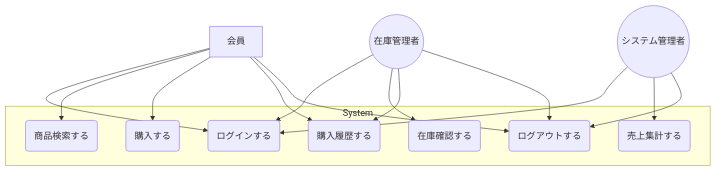
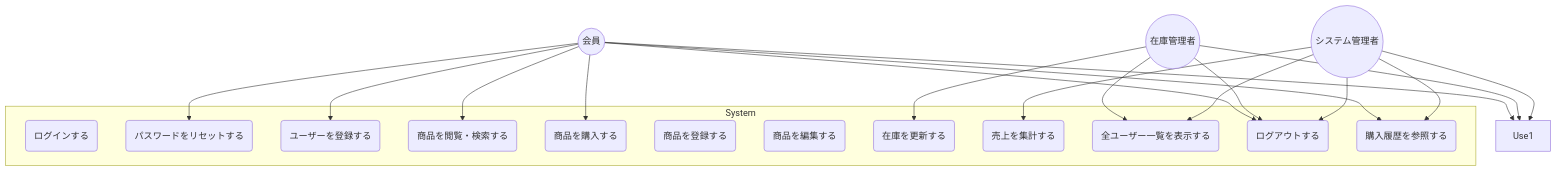
Before and after one commit to namae-mizutani/yuki-mizutani-educure-app: the diagram in 8-3_要件定義/use_case.md, drawn with Mermaid.

Commit message:
8-3課題修正

````diff
--- a/8-3_要件定義/use_case.md
+++ b/8-3_要件定義/use_case.md
@@ -1,31 +1,40 @@
 ```mermaid
 graph TD
-    User[会員]
+    User((会員))
     Staff((在庫管理者))
     Master((システム管理者))
 
     subgraph System
-        Use1(ログインする)
-        Use2(商品検索する)
-        Use3(購入する)
-        Use4(在庫確認する)
-        Use5(売上集計する)
-        Use6(購入履歴する)
-        Use7(ログアウトする)
+        sUse1(ログインする)
+        Use2(パスワードをリセットする)
+        Use3(ユーザーを登録する)
+        Use4(商品を閲覧・検索する)
+        Use5(商品を購入する)
+        Use6(商品を登録する)
+        Use7(商品を編集する)
+        Use8(在庫を更新する)
+        Use9(売上を集計する)
+        Use10(全ユーザー一覧を表示する)
+        Use11(ログアウトする)
+        Use12(購入履歴を参照する)
     end
 
     User --> Use1
     User --> Use2
     User --> Use3
-    User --> Use6
-    User --> Use7
+    User --> Use4
+    User --> Use5
+    User --> Use11
+    User --> Use12
 
     Staff --> Use1
-    Staff --> Use4
-    Staff --> Use6
-    Staff --> Use7
+    Staff --> Use8
+    Staff --> Use10
+    Staff --> Use11
 
     Master --> Use1
-    Master --> Use5
-    Master --> Use7
+    Master --> Use9
+    Master --> Use10
+    Master --> Use11
+    Master --> Use12
 ```
````
